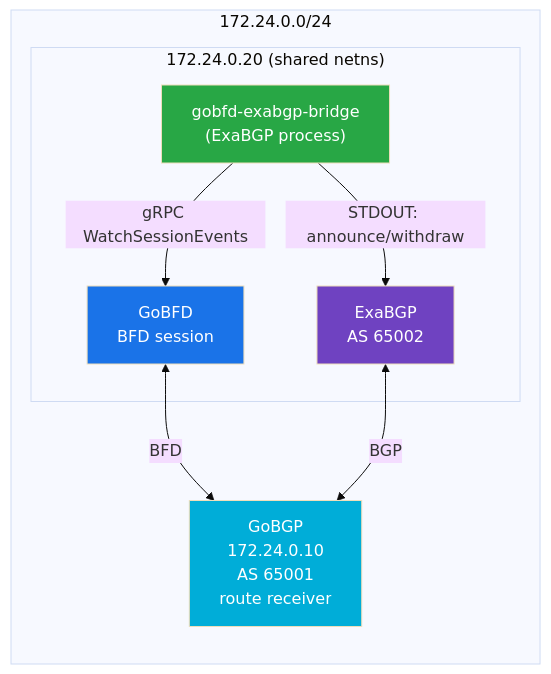
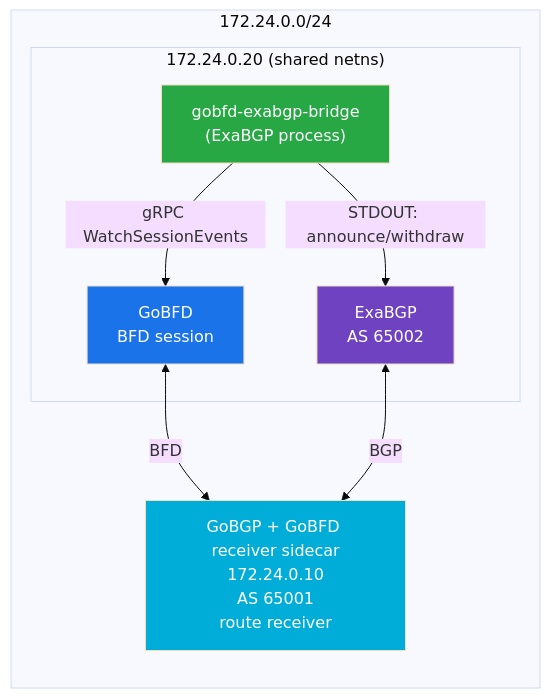
The fourth of 5 diagrams in docs/en/11-integrations.md (dantte-lp/gobfd), drawn with Mermaid (base theme) before and after one commit. The commit also changed other lines of this file and 53 other files, not shown here.

````diff
--- a/docs/en/11-integrations.md
+++ b/docs/en/11-integrations.md
@@ -295,21 +301,21 @@
 ```mermaid
 graph LR
     subgraph "172.24.0.0/24"
-        GOBGP["GoBGP<br/>172.24.0.10<br/>AS 65001<br/>route receiver"]
+        GOBGP["GoBGP + GoBFD receiver sidecar<br/>172.24.0.10<br/>AS 65001<br/>route receiver"]
         subgraph "172.24.0.20 (shared netns)"
             GOBFD["GoBFD<br/>BFD session"]
             EXABGP["ExaBGP<br/>AS 65002"]
             BRIDGE["gobfd-exabgp-bridge<br/>(ExaBGP process)"]
         end
     end
 
     GOBFD <-->|BFD| GOBGP
     BRIDGE -->|gRPC WatchSessionEvents| GOBFD
     BRIDGE -->|STDOUT: announce/withdraw| EXABGP
     EXABGP <-->|BGP| GOBGP
 
     style GOBFD fill:#1a73e8,color:#fff
     style GOBGP fill:#00ADD8,color:#fff
     style EXABGP fill:#6f42c1,color:#fff
     style BRIDGE fill:#28a745,color:#fff
 ```
````
